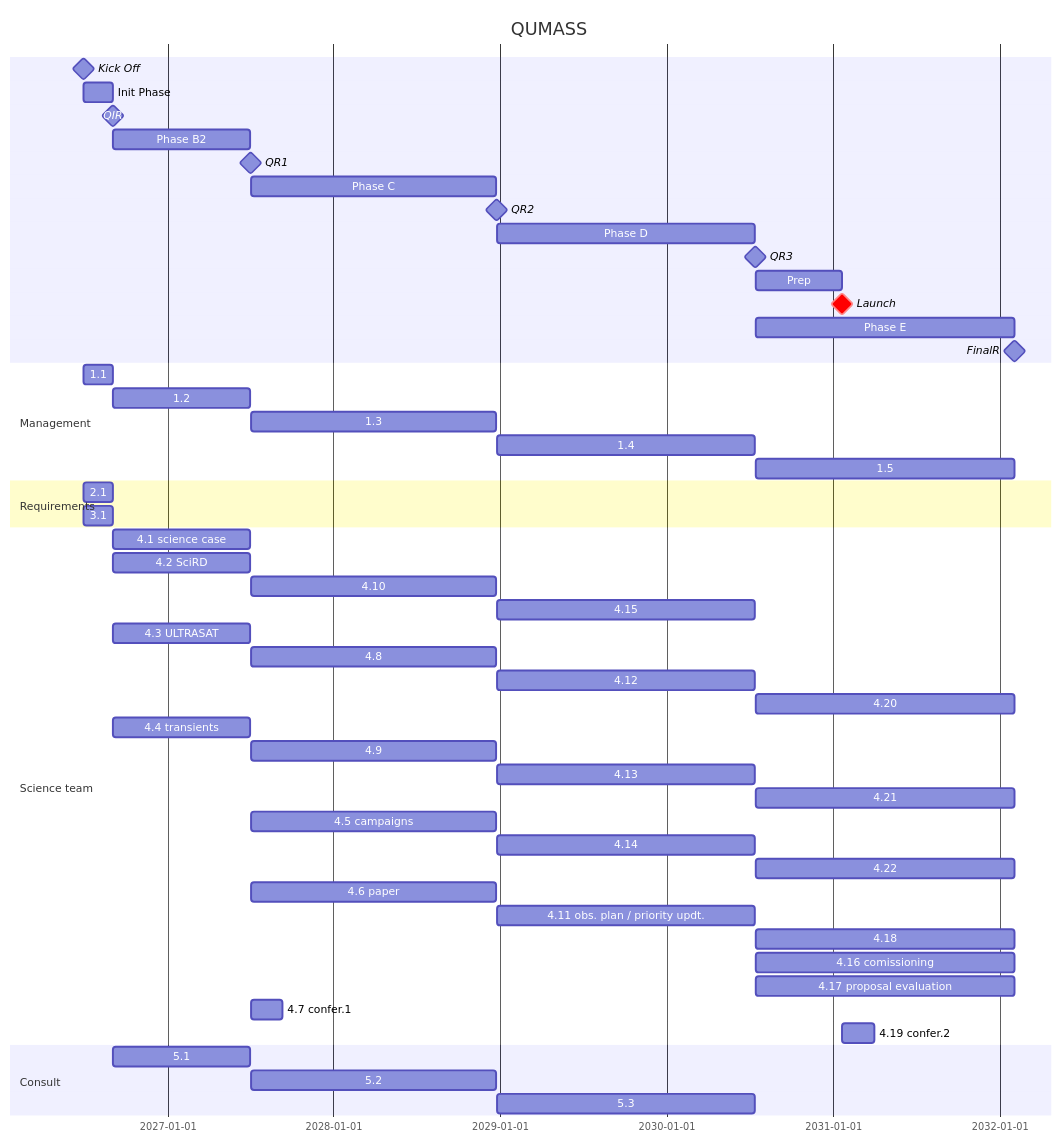
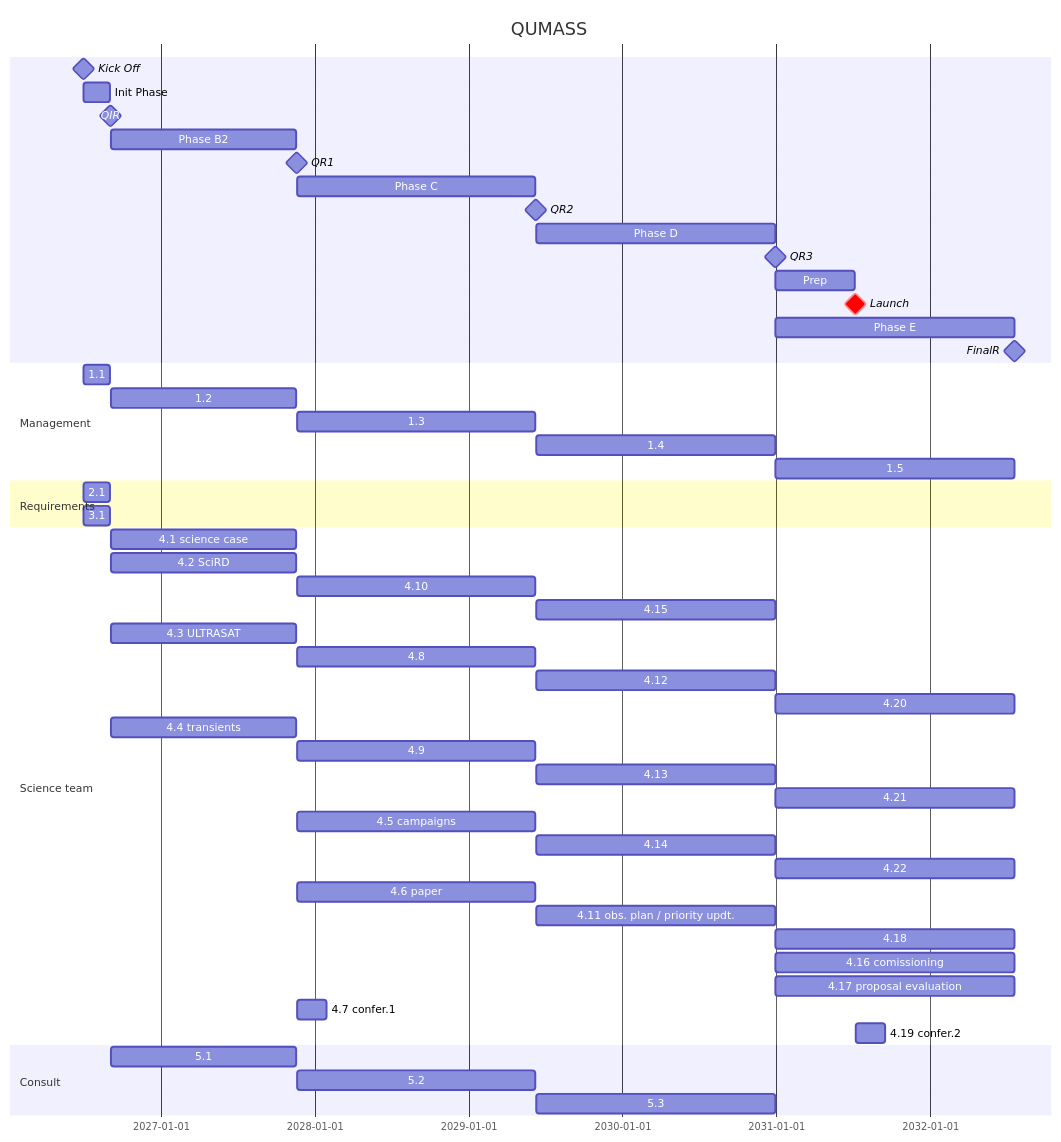
Before and after one commit to limu007/quvik: the diagram in calib/Science.md, drawn with Mermaid.

````diff
--- a/calib/Science.md
+++ b/calib/Science.md
@@ -1,56 +1,56 @@
 ```mermaid
 gantt
     title QUMASS
     dateFormat  YYYY-MM-DD
     Kick Off : milestone, ko, 2026-07-01, 1d
     Init Phase : b1, after ko, 9w
     QIR : milestone, ir, after b1, 1d
-    Phase B2 : b2, after ir, 43w
+    Phase B2 : b2, after ir, 63w
     QR1 : milestone, pdr, after b2, 1d
-    Phase C : c1, after pdr, 77w
+    Phase C : c1, after pdr, 81w
     QR2 : milestone, cdr, after c1, 1d
     Phase D : d1, after cdr, 81w
     QR3 : milestone, far, after d1, 1d
     Prep : prep, after far, 27w
     Launch : crit, milestone, frr, after prep, 1d
     Phase E : e1, after far, 81w
     FinalR : milestone, fr, after e1, 1d
 
     section Management
     1.1 : after ko, until ir
     1.2 : after ir, until pdr
     1.3 : after pdr, until cdr
     1.4 : after cdr, until far
     1.5 : after far, until fr
     section Requirements
     2.1 : after ko, until ir
     3.1 : after ko, until ir
     section Science team
     4.1 science case : after ir, until pdr
     4.2 SciRD : after ir, until pdr
     4.10 : after pdr, until cdr
     4.15 : after cdr, until far
     4.3 ULTRASAT : after ir, until pdr
     4.8 : after pdr, until cdr
     4.12 : after cdr, until far
     4.20 : after far, until fr
     4.4 transients : after ir, until pdr
     4.9 : after pdr, until cdr
     4.13 : after cdr, until far
     4.21 : after far, until fr
     4.5 campaigns : after pdr, until cdr
     4.14 : after cdr, until far
     4.22 : after far, until fr
     4.6 paper : after pdr, until cdr
     4.11 obs. plan / priority updt. : after cdr, until far
     4.18 : after far, until fr
     4.16 comissioning : after far, until fr
     4.17 proposal evaluation : after far, until fr
     4.7 confer.1 : after pdr, 10w
     4.19 confer.2 : after frr, 10w
     section Consult
     5.1 : after ir, until pdr
     5.2 : after pdr, until cdr
     5.3 : after cdr, until far
     
 ```
````
